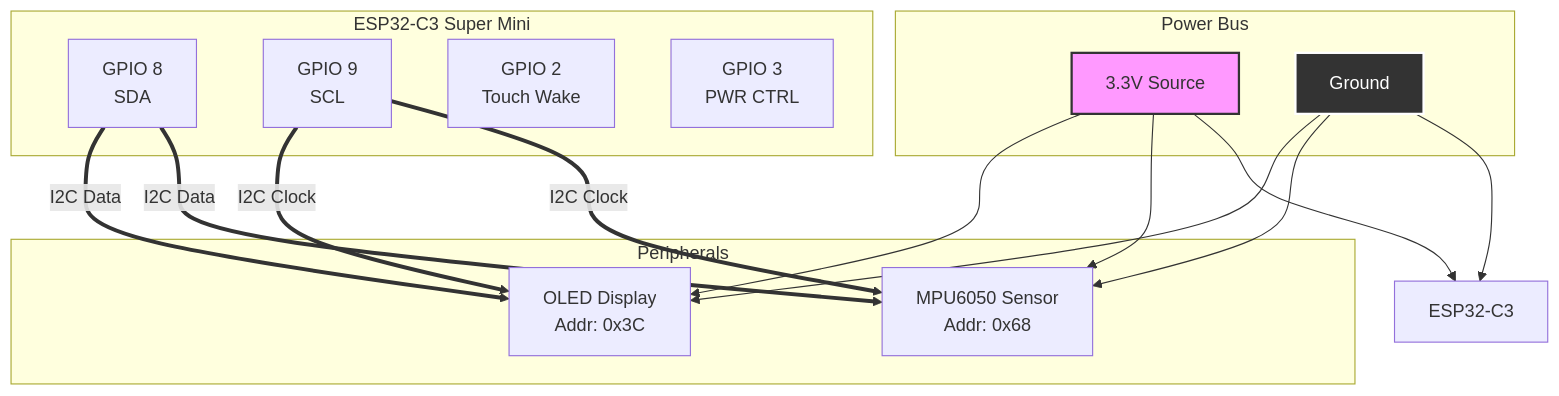
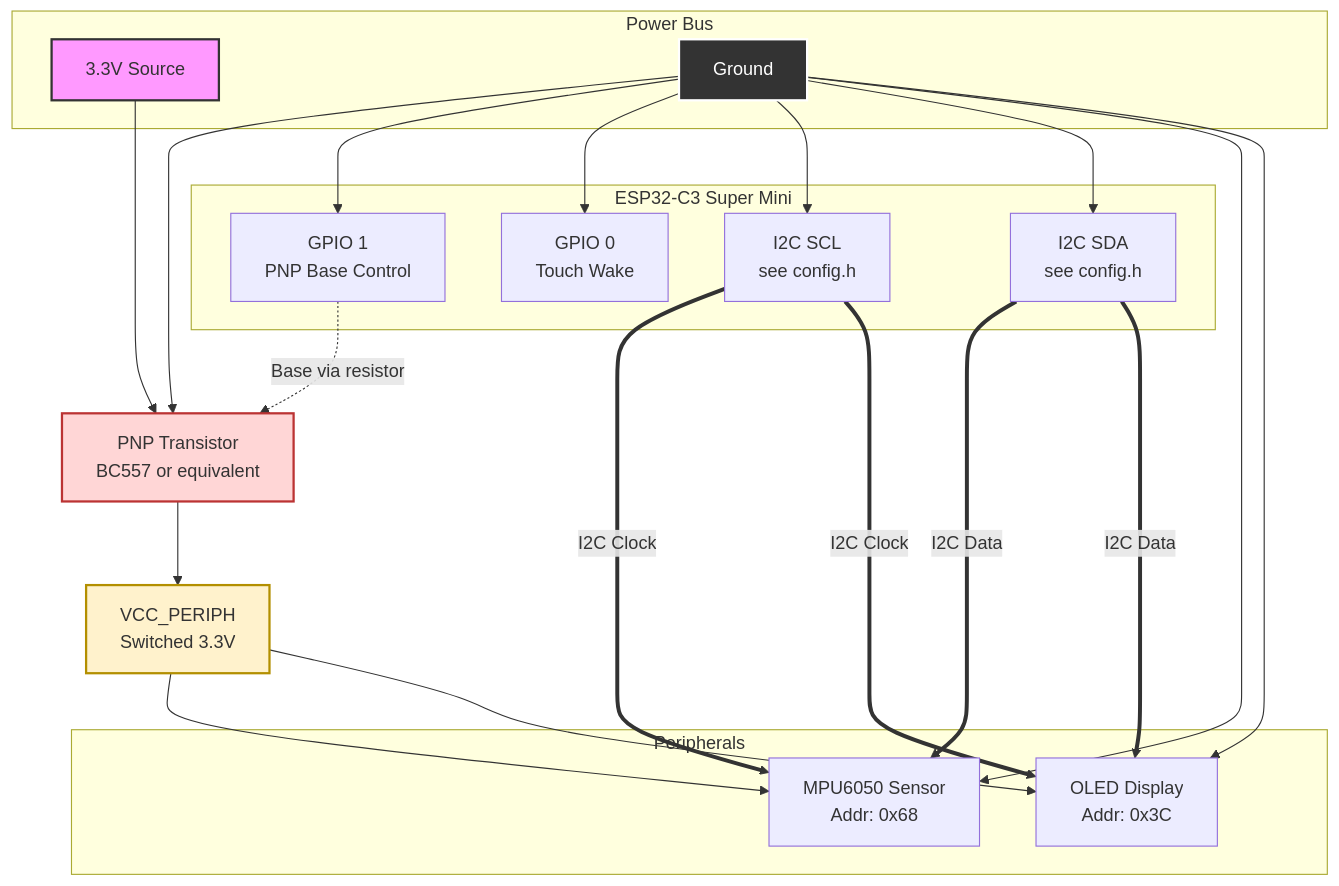
One commit to sanicxt/Leor changed the first of 2 diagrams in README.md. Above: the diagram before and after it, drawn with Mermaid. The commit also changed other lines of this file and 6 other files, not shown here.

````diff
--- a/README.md
+++ b/README.md
@@ -80,31 +81,39 @@
 ```mermaid
 graph TD
     subgraph Power Bus
       VCC[3.3V Source]
       GND[Ground]
     end
 
     subgraph ESP32-C3 Super Mini
-      GPIO8[GPIO 8<br>SDA]
-      GPIO9[GPIO 9<br>SCL]
-      GPIO2[GPIO 2<br>Touch Wake]
-      GPIO3[GPIO 3<br>PWR CTRL]
+      SDA[I2C SDA<br>see config.h]
+      SCL[I2C SCL<br>see config.h]
+      GPIO0[GPIO 0<br>Touch Wake]
+      GPIO1[GPIO 1<br>PNP Base Control]
     end
+
+    PNP[PNP Transistor<br>BC557 or equivalent]
+    VPERIPH[VCC_PERIPH<br>Switched 3.3V]
 
     subgraph Peripherals
       OLED[OLED Display<br>Addr: 0x3C]
       IMU[MPU6050 Sensor<br>Addr: 0x68]
     end
 
     %% Power Connections
-    VCC --> OLED & IMU & ESP32-C3
-    GND --> OLED & IMU & ESP32-C3
+    VCC --> PNP
+    PNP --> VPERIPH
+    VPERIPH --> OLED & IMU
+    GND --> OLED & IMU & SDA & SCL & GPIO0 & GPIO1 & PNP
 
     %% Data Connections
-    GPIO8 == I2C Data ==> OLED & IMU
-    GPIO9 == I2C Clock ==> OLED & IMU
+    SDA == I2C Data ==> OLED & IMU
+    SCL == I2C Clock ==> OLED & IMU
+    GPIO1 -. Base via resistor .-> PNP
 
     style VCC fill:#f9f,stroke:#333,stroke-width:2px
     style GND fill:#333,stroke:#fff,stroke-width:2px,color:#fff
+    style PNP fill:#ffd6d6,stroke:#b33,stroke-width:2px
+    style VPERIPH fill:#fff2cc,stroke:#b38f00,stroke-width:2px
 
 ```
````
